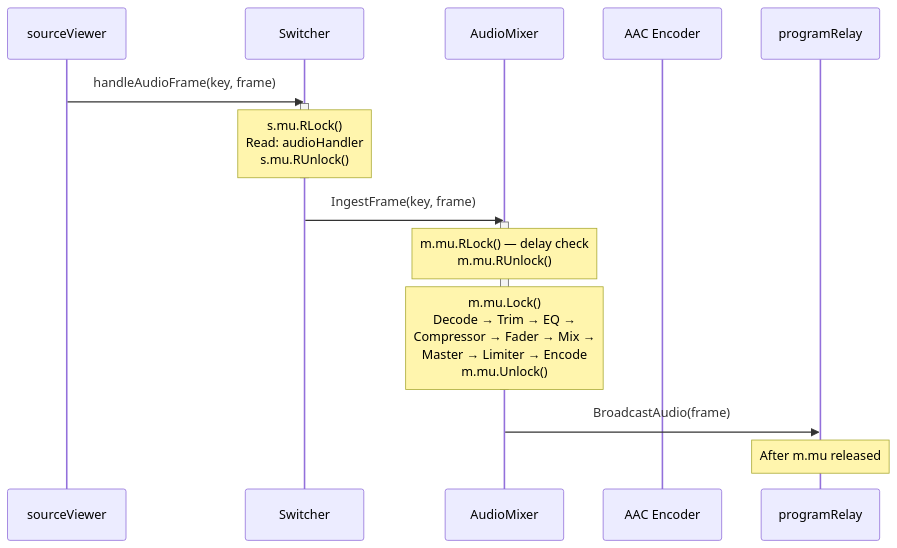
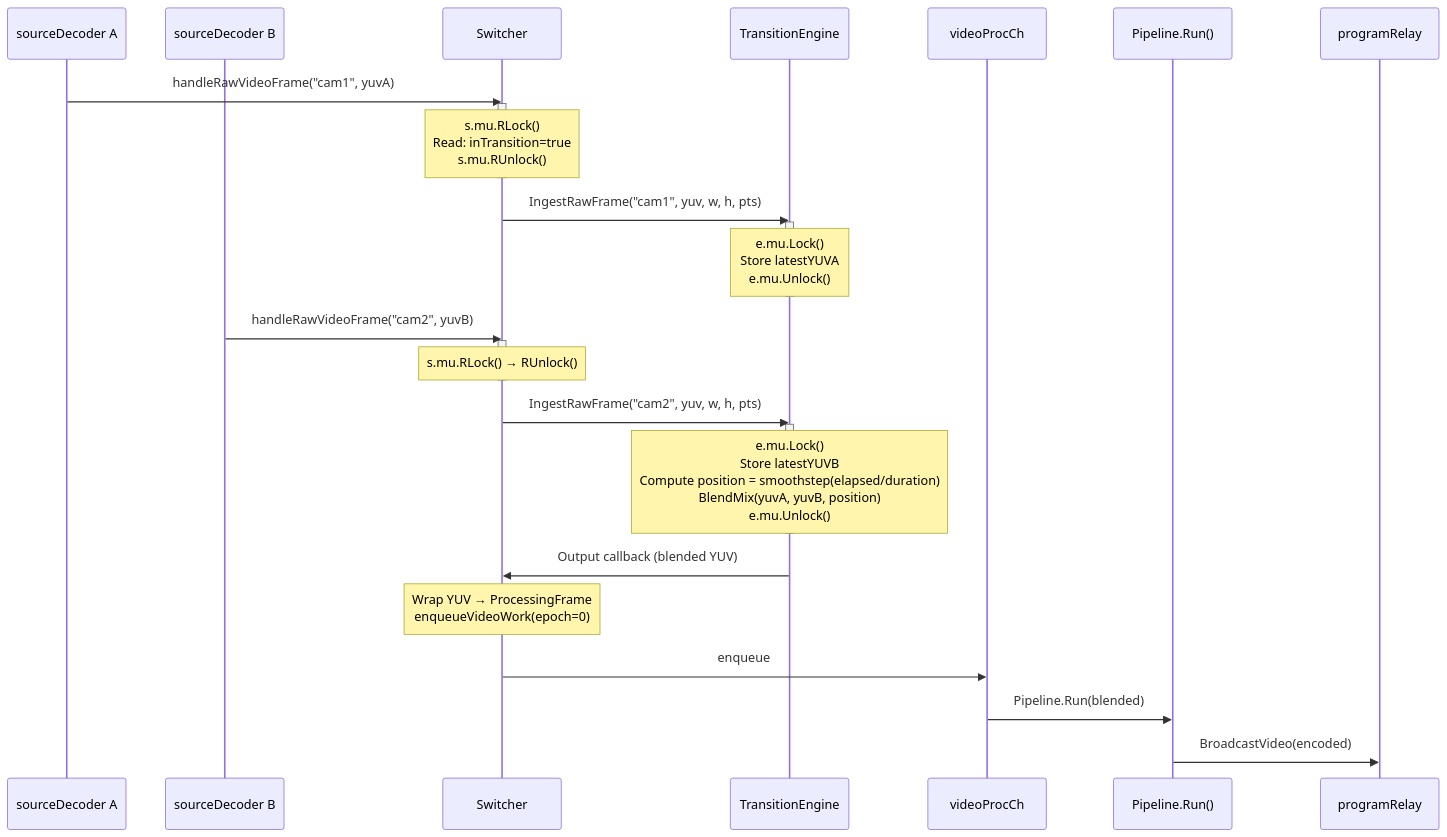
Before and after one commit to zsiec/switchframe: the fourth of 7 diagrams in docs/locking-and-concurrency.md, drawn with Mermaid. The commit also changed other lines of this file, not shown here.

````diff
--- a/docs/locking-and-concurrency.md
+++ b/docs/locking-and-concurrency.md
@@ -233,23 +231,37 @@
 ```mermaid
 sequenceDiagram
-    participant SV as sourceViewer
+    participant SDA as sourceDecoder A
+    participant SDB as sourceDecoder B
     participant SW as Switcher
-    participant MX as AudioMixer
-    participant ENC as AAC Encoder
+    participant TE as TransitionEngine
+    participant CH as videoProcCh
+    participant PIPE as Pipeline.Run()
     participant PR as programRelay
 
-    SV->>SW: handleAudioFrame(key, frame)
+    SDA->>SW: handleRawVideoFrame("cam1", yuvA)
     activate SW
-    Note over SW: s.mu.RLock()<br/>Read: audioHandler<br/>s.mu.RUnlock()
+    Note over SW: s.mu.RLock()<br/>Read: inTransition=true<br/>s.mu.RUnlock()
     deactivate SW
 
-    SW->>MX: IngestFrame(key, frame)
-    activate MX
-    Note over MX: m.mu.RLock() — delay check<br/>m.mu.RUnlock()
+    SW->>TE: IngestRawFrame("cam1", yuv, w, h, pts)
+    activate TE
+    Note over TE: e.mu.Lock()<br/>Store latestYUVA<br/>e.mu.Unlock()
+    deactivate TE
 
-    Note over MX: m.mu.Lock()<br/>Decode → Trim → EQ →<br/>Compressor → Fader → Mix →<br/>Master → Limiter → Encode<br/>m.mu.Unlock()
-    deactivate MX
+    SDB->>SW: handleRawVideoFrame("cam2", yuvB)
+    activate SW
+    Note over SW: s.mu.RLock() → RUnlock()
+    deactivate SW
 
-    MX->>PR: BroadcastAudio(frame)
-    Note over PR: After m.mu released
+    SW->>TE: IngestRawFrame("cam2", yuv, w, h, pts)
+    activate TE
+    Note over TE: e.mu.Lock()<br/>Store latestYUVB<br/>Compute position = smoothstep(elapsed/duration)<br/>BlendMix(yuvA, yuvB, position)<br/>e.mu.Unlock()
+    deactivate TE
+
+    TE->>SW: Output callback (blended YUV)
+    Note over SW: Wrap YUV → ProcessingFrame<br/>enqueueVideoWork(epoch=0)
+
+    SW->>CH: enqueue
+    CH->>PIPE: Pipeline.Run(blended)
+    PIPE->>PR: BroadcastVideo(encoded)
 ```
````
